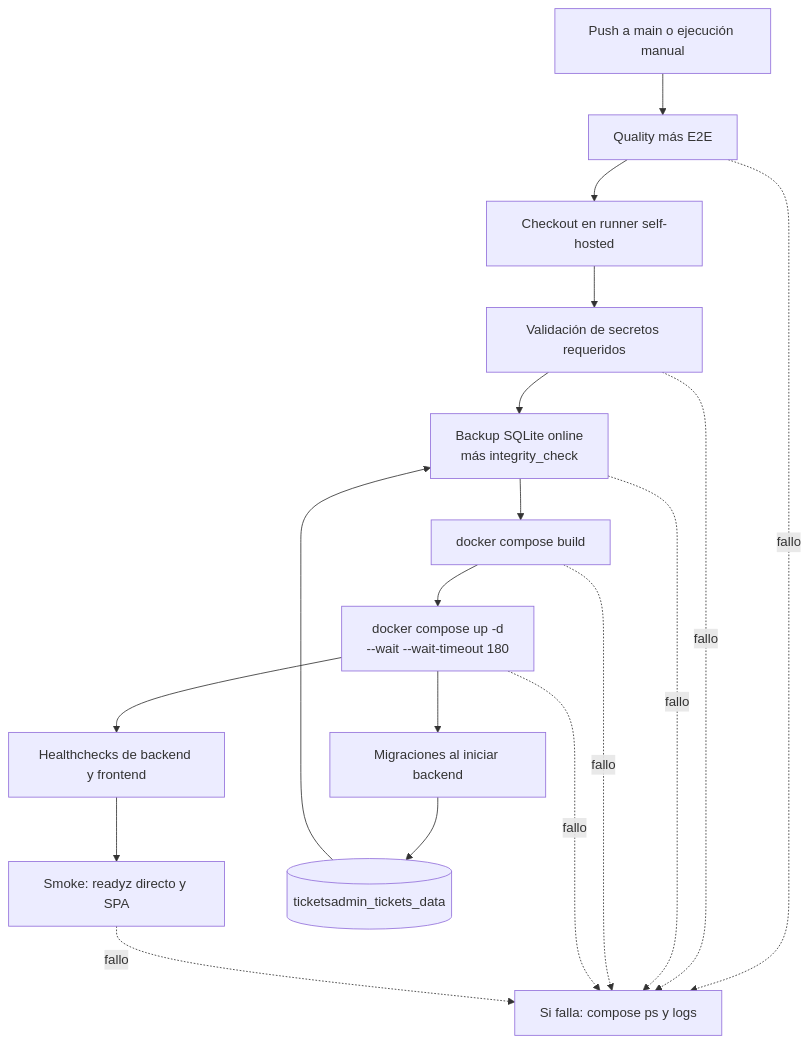
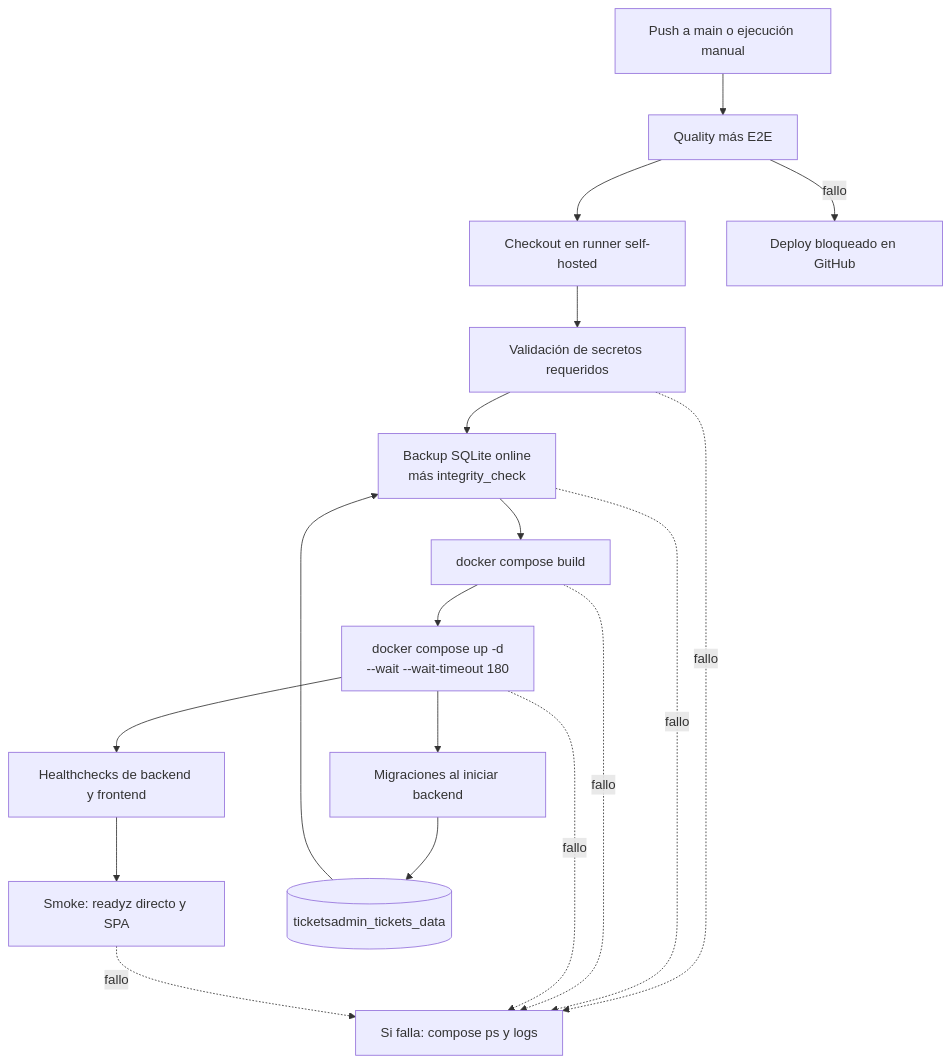
Before and after one commit to marianoLaclau/ticketsAdmin: the diagram in docs/DEPLOY.md, drawn with Mermaid. The commit also changed other lines of this file and 30 other files, not shown here.

````diff
--- a/docs/DEPLOY.md
+++ b/docs/DEPLOY.md
@@ -9,26 +9,27 @@
 ```mermaid
 flowchart TD
     trigger[Push a main o ejecución manual]
     quality[Quality más E2E]
     checkout[Checkout en runner self-hosted]
     secrets[Validación de secretos requeridos]
     backup[Backup SQLite online<br/>más integrity_check]
     build[docker compose build]
     deploy[docker compose up -d<br/>--wait --wait-timeout 180]
     migrate[Migraciones al iniciar backend]
     health[Healthchecks de backend y frontend]
     smoke[Smoke: readyz directo y SPA]
+    blocked[Deploy bloqueado en GitHub]
     diagnostics[Si falla: compose ps y logs]
     volume[(ticketsadmin_tickets_data)]
 
     trigger --> quality --> checkout --> secrets --> backup --> build --> deploy
     volume --> backup
     deploy --> migrate --> volume
     deploy --> health --> smoke
-    quality -. fallo .-> diagnostics
+    quality -->|fallo| blocked
     secrets -. fallo .-> diagnostics
     backup -. fallo .-> diagnostics
     build -. fallo .-> diagnostics
     deploy -. fallo .-> diagnostics
     smoke -. fallo .-> diagnostics
 ```
````
